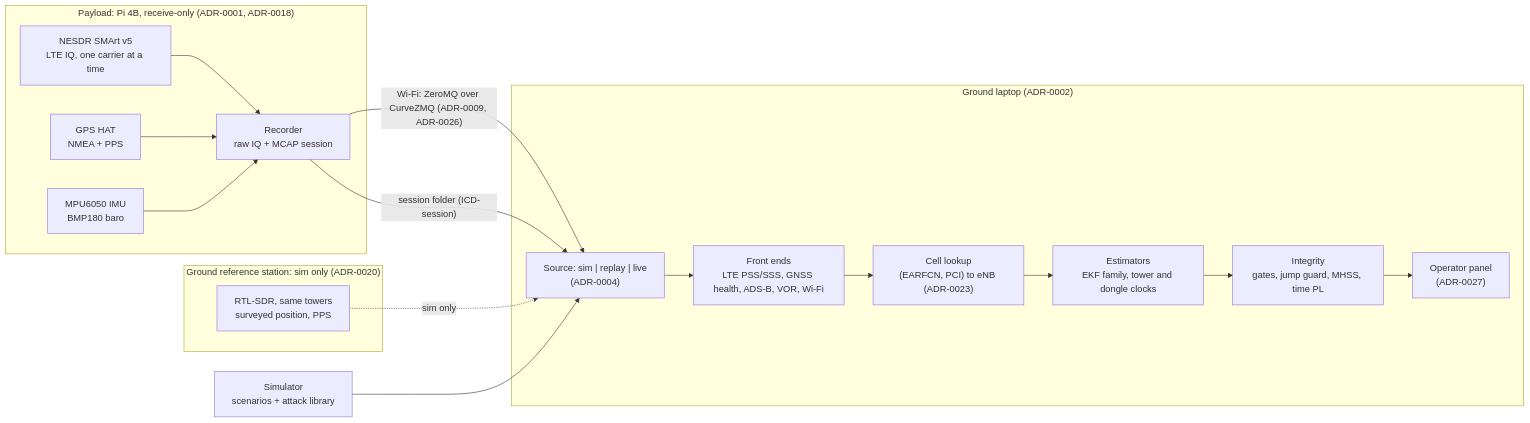
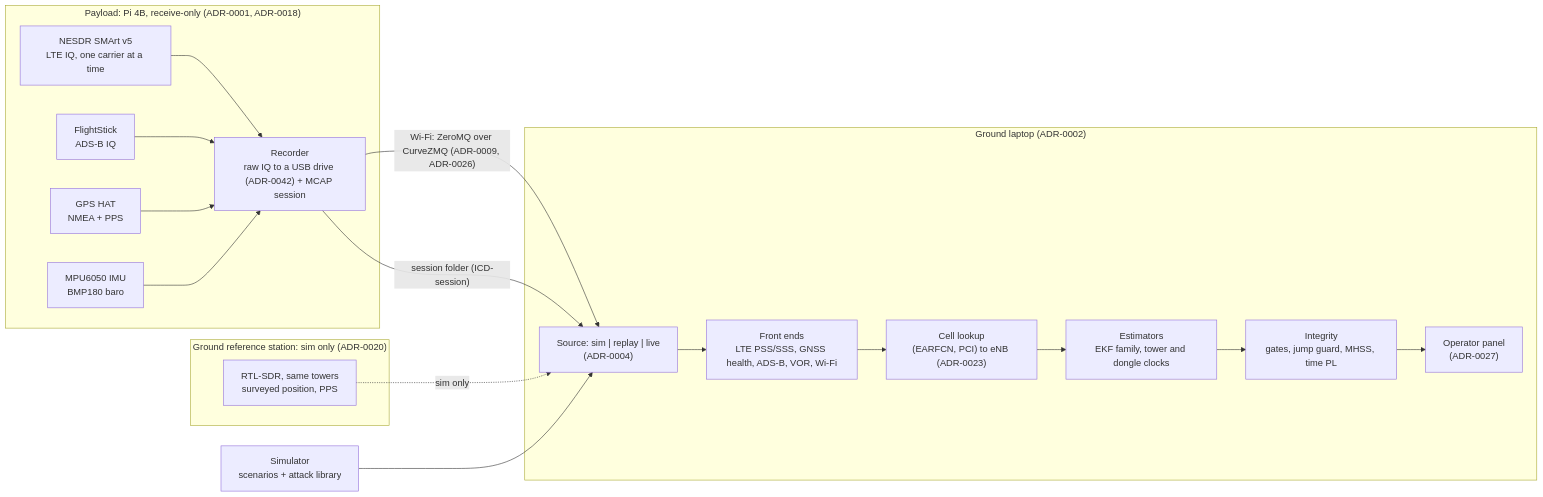
The diagram in systems/architecture.md (mdevstudentcu/SEAN), drawn with Mermaid before and after one commit. The commit also changed other lines of this file and 2 other files, not shown here.

Commit message:
docs(systems): fix the small accuracy items in D1, the deck and the judge answers

````diff
--- a/systems/architecture.md
+++ b/systems/architecture.md
@@ -29,28 +29,30 @@
 ```mermaid
 flowchart LR
   subgraph PAY["Payload: Pi 4B, receive-only (ADR-0001, ADR-0018)"]
     SDR["NESDR SMArt v5<br/>LTE IQ, one carrier at a time"]
+    ADSB["FlightStick<br/>ADS-B IQ"]
     GPS["GPS HAT<br/>NMEA + PPS"]
     SENS["MPU6050 IMU<br/>BMP180 baro"]
-    REC["Recorder<br/>raw IQ + MCAP session"]
+    REC["Recorder<br/>raw IQ to a USB drive (ADR-0042) + MCAP session"]
     SDR --> REC
+    ADSB --> REC
     GPS --> REC
     SENS --> REC
   end
   subgraph BASE["Ground reference station: sim only (ADR-0020)"]
     BSDR["RTL-SDR, same towers<br/>surveyed position, PPS"]
   end
   subgraph GND["Ground laptop (ADR-0002)"]
     SRC["Source: sim | replay | live<br/>(ADR-0004)"]
     FE["Front ends<br/>LTE PSS/SSS, GNSS health, ADS-B, VOR, Wi-Fi"]
     LUT["Cell lookup<br/>(EARFCN, PCI) to eNB (ADR-0023)"]
     NAV["Estimators<br/>EKF family, tower and dongle clocks"]
     INT["Integrity<br/>gates, jump guard, MHSS, time PL"]
     DASH["Operator panel<br/>(ADR-0027)"]
     SRC --> FE --> LUT --> NAV --> INT --> DASH
   end
   REC -- "Wi-Fi: ZeroMQ over CurveZMQ (ADR-0009, ADR-0026)" --> SRC
   REC -- "session folder (ICD-session)" --> SRC
   BSDR -. "sim only" .-> SRC
   SIM["Simulator<br/>scenarios + attack library"] --> SRC
 ```
````
